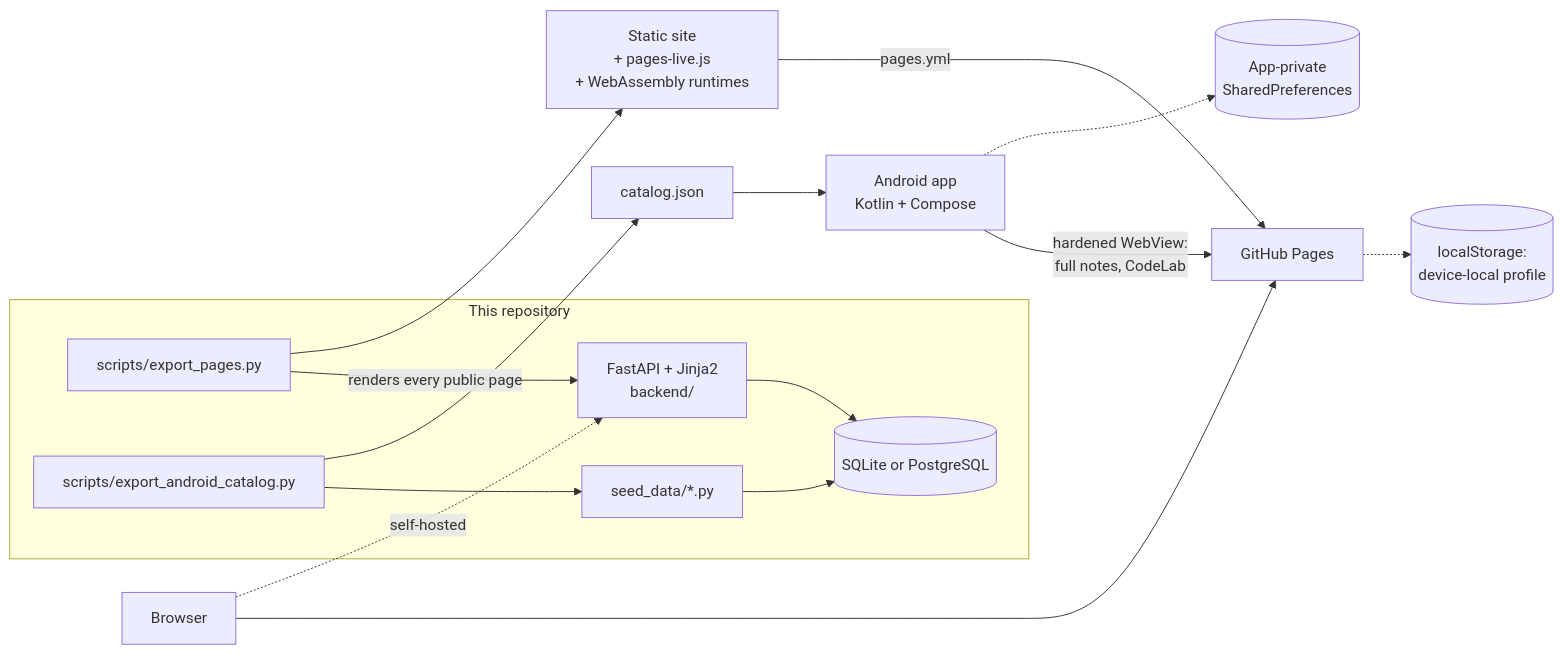
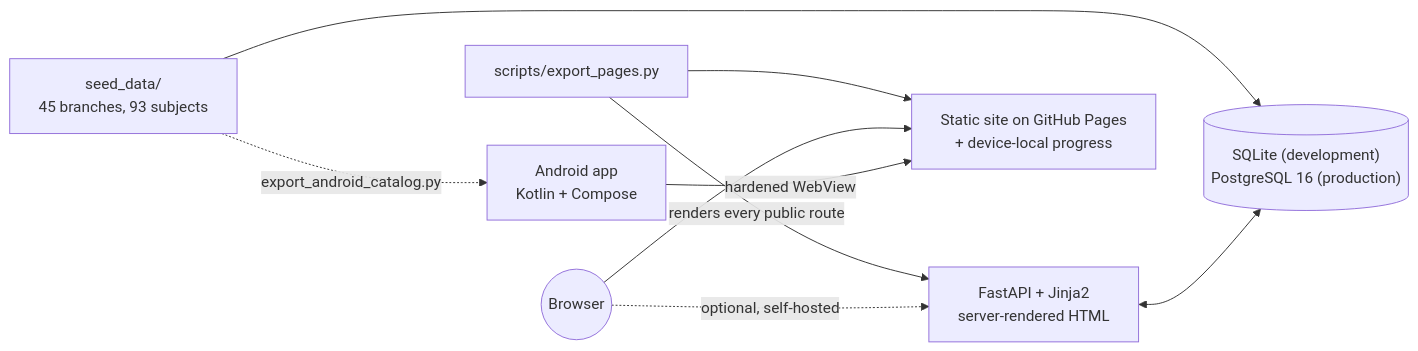
The diagram in README.md (sauravprivatelimited369-byte/Engine_Verse), drawn with Mermaid before and after one commit. The commit also changed other lines of this file and 1 other file, not shown here.

First line of the commit message:
Rewrite README as a verified project front page

````diff
--- a/README.md
+++ b/README.md
@@ -141,20 +278,19 @@
 ```mermaid
 flowchart LR
-    subgraph repo[This repository]
-        seed[seed_data/*.py] --> db[(SQLite or PostgreSQL)]
-        app[FastAPI + Jinja2<br/>backend/] --> db
-        export[scripts/export_pages.py] -->|renders every public page| app
-        catexp[scripts/export_android_catalog.py] --> seed
-    end
+    seed["seed_data/<br/>45 branches, 93 subjects"]
+    db[("SQLite (development)<br/>PostgreSQL 16 (production)")]
+    app["FastAPI + Jinja2<br/>server-rendered HTML"]
+    exporter["scripts/export_pages.py"]
+    pages["Static site on GitHub Pages<br/>+ device-local progress"]
+    android["Android app<br/>Kotlin + Compose"]
+    browser(("Browser"))
 
-    export --> site[Static site<br/>+ pages-live.js<br/>+ WebAssembly runtimes]
-    site -->|pages.yml| pages[GitHub Pages]
-    catexp --> asset[catalog.json]
-    asset --> android[Android app<br/>Kotlin + Compose]
-    android -->|hardened WebView:<br/>full notes, CodeLab| pages
-
-    browser[Browser] --> pages
-    browser -.->|self-hosted| app
-    pages -.-> ls[(localStorage:<br/>device-local profile)]
-    android -.-> prefs[(App-private<br/>SharedPreferences)]
+    seed --> db
+    app <--> db
+    exporter -->|renders every public route| app
+    exporter --> pages
+    seed -.->|export_android_catalog.py| android
+    browser --> pages
+    browser -.->|optional, self-hosted| app
+    android -->|hardened WebView| pages
 ```
````
